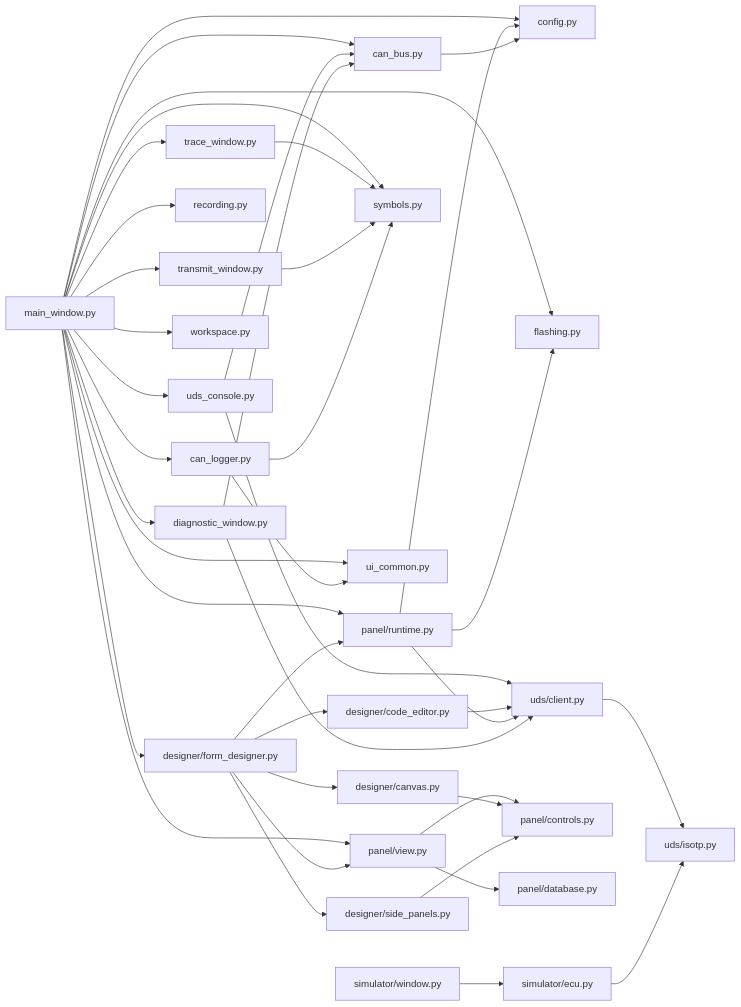
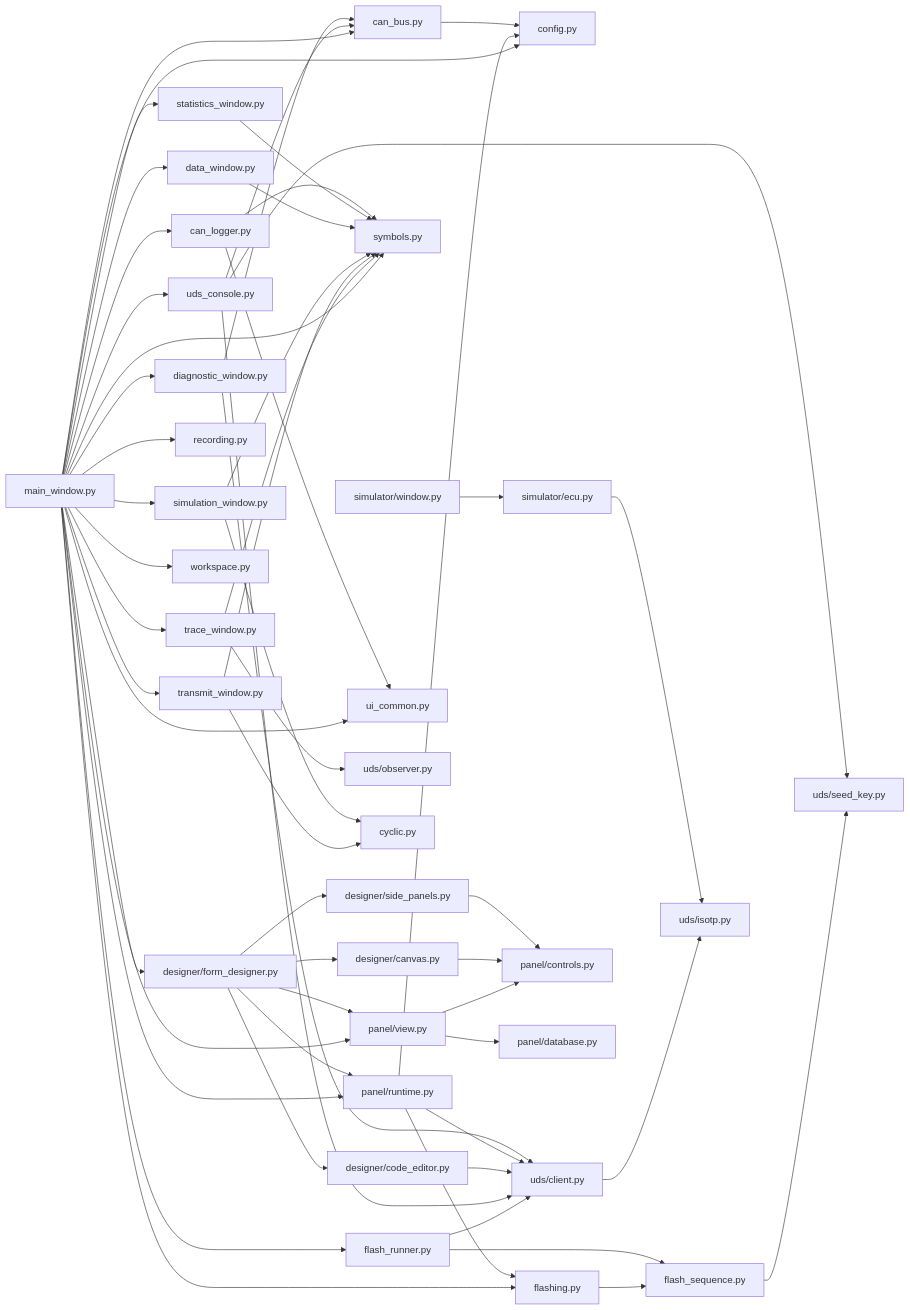
Before and after one commit to HyperFluxQc/CanExpert: the first of 4 diagrams in docs/DOCUMENTATION.md, drawn with Mermaid. The commit also changed other lines of this file and 11 other files, not shown here.

````diff
--- a/docs/DOCUMENTATION.md
+++ b/docs/DOCUMENTATION.md
@@ -23,44 +23,59 @@
 ```mermaid
 flowchart LR
     main["main_window.py"]
     main --> can_bus["can_bus.py"]
     main --> config["config.py"]
     main --> panel_view["panel/view.py"]
     main --> panel_runtime["panel/runtime.py"]
     main --> form_designer["designer/form_designer.py"]
     main --> can_logger["can_logger.py"]
     main --> trace["trace_window.py"]
+    main --> statistics["statistics_window.py"]
+    main --> data["data_window.py"]
     main --> transmit["transmit_window.py"]
+    main --> simulation["simulation_window.py"]
     main --> console["uds_console.py"]
     main --> recording["recording.py"]
     main --> symbols["symbols.py"]
     main --> diagnostic_window["diagnostic_window.py"]
     main --> flashing["flashing.py"]
+    main --> flash_runner["flash_runner.py"]
     main --> ui_common["ui_common.py"]
     main --> workspace["workspace.py"]
     trace --> symbols
+    trace --> observer["uds/observer.py"]
     transmit --> symbols
+    transmit --> cyclic["cyclic.py"]
+    simulation --> symbols
+    simulation --> cyclic
+    data --> symbols
+    statistics --> symbols
+    flashing --> flash_sequence["flash_sequence.py"]
+    flash_runner --> flash_sequence
+    flash_runner --> uds_client
+    flash_sequence --> seed_key["uds/seed_key.py"]
+    console --> seed_key
     can_logger --> symbols
     console --> uds_client
     console --> can_bus
     form_designer --> canvas["designer/canvas.py"]
     form_designer --> side_panels["designer/side_panels.py"]
     form_designer --> code_editor["designer/code_editor.py"]
     form_designer --> panel_runtime
     form_designer --> panel_view
     code_editor --> uds_client["uds/client.py"]
     panel_view --> panel_controls["panel/controls.py"]
     panel_view --> panel_database["panel/database.py"]
     canvas --> panel_controls
     side_panels --> panel_controls
     panel_runtime --> uds_client
     panel_runtime --> config
     panel_runtime --> flashing
     uds_client --> isotp["uds/isotp.py"]
     can_bus --> config
     diagnostic_window --> can_bus
     diagnostic_window --> uds_client
     can_logger --> ui_common
     simulator_ecu["simulator/ecu.py"] --> isotp
     simulator_window["simulator/window.py"] --> simulator_ecu
 ```
````
